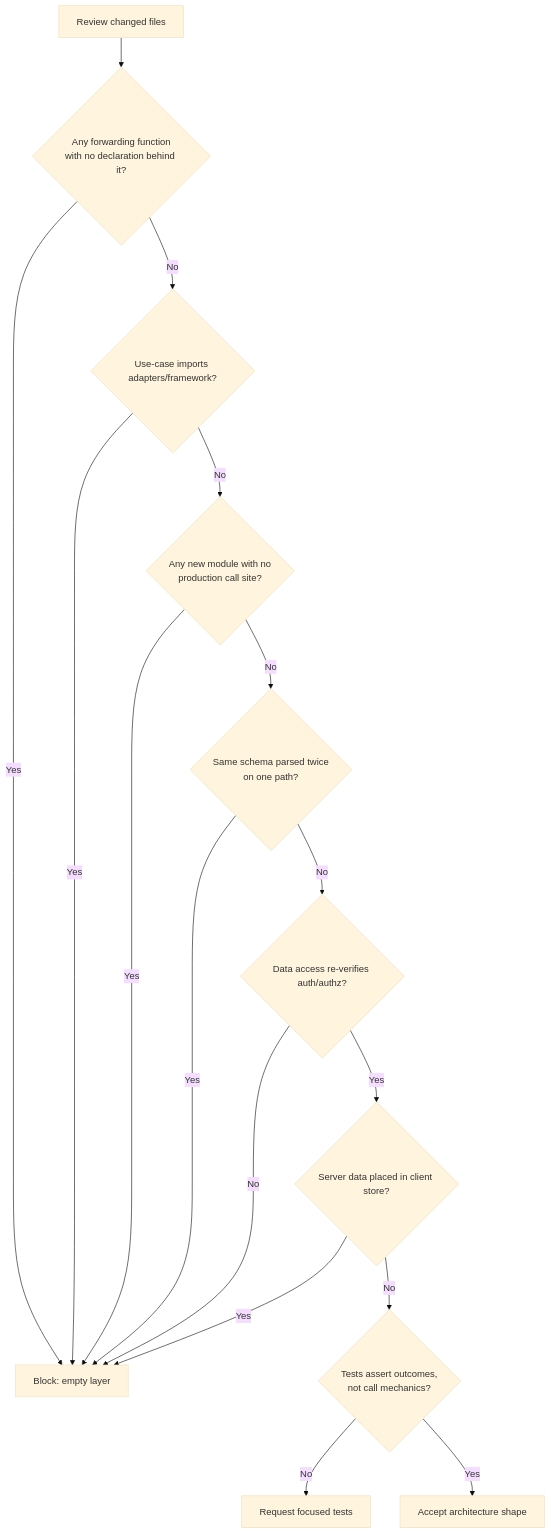
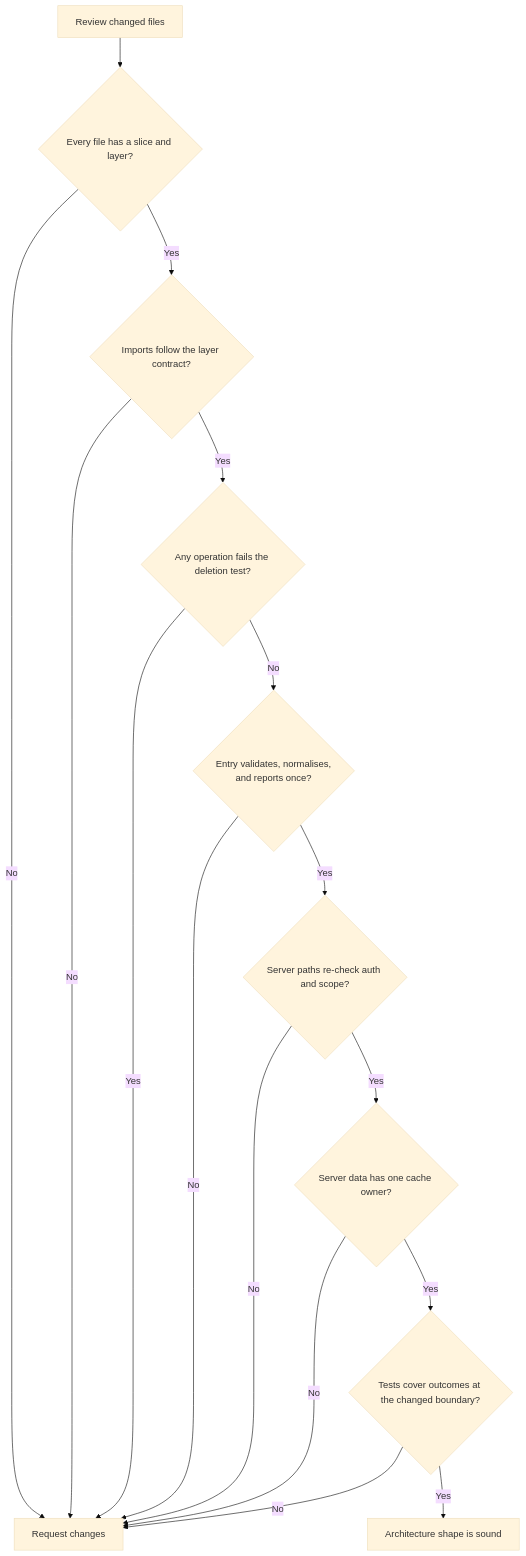
Before and after one commit to clicktronix/nextjs-clean-skills: the fifth of 5 diagrams in docs/agent-decision-maps.md, drawn with Mermaid (base theme). The commit also changed other lines of this file and 10 other files, not shown here.

````diff
--- a/docs/agent-decision-maps.md
+++ b/docs/agent-decision-maps.md
@@ -97,18 +87,18 @@
 ```mermaid
-flowchart TD
-  Start["Review changed files"] --> Forward{"Any forwarding function\nwith no declaration behind it?"}
-  Forward -->|Yes| Block["Block: empty layer"]
-  Forward -->|No| Imports{"Use-case imports adapters/framework?"}
-  Imports -->|Yes| Block
-  Imports -->|No| Unused{"Any new module with no\nproduction call site?"}
-  Unused -->|Yes| Block
-  Unused -->|No| Twice{"Same schema parsed twice\non one path?"}
-  Twice -->|Yes| Block
-  Twice -->|No| Auth{"Data access re-verifies auth/authz?"}
+flowchart TB
+  Start["Review changed files"] --> Owner{"Every file has a slice and layer?"}
+  Owner -->|No| Block["Request changes"]
+  Owner -->|Yes| Imports{"Imports follow the layer contract?"}
+  Imports -->|No| Block
+  Imports -->|Yes| Empty{"Any operation fails the deletion test?"}
+  Empty -->|Yes| Block
+  Empty -->|No| Boundary{"Entry validates, normalises,\nand reports once?"}
+  Boundary -->|No| Block
+  Boundary -->|Yes| Auth{"Server paths re-check auth and scope?"}
   Auth -->|No| Block
-  Auth -->|Yes| ServerData{"Server data placed in client store?"}
-  ServerData -->|Yes| Block
-  ServerData -->|No| Tests{"Tests assert outcomes,\nnot call mechanics?"}
-  Tests -->|No| RequestTests["Request focused tests"]
-  Tests -->|Yes| Accept["Accept architecture shape"]
+  Auth -->|Yes| State{"Server data has one cache owner?"}
+  State -->|No| Block
+  State -->|Yes| Tests{"Tests cover outcomes at the changed boundary?"}
+  Tests -->|No| Block
+  Tests -->|Yes| Accept["Architecture shape is sound"]
 ```
````
